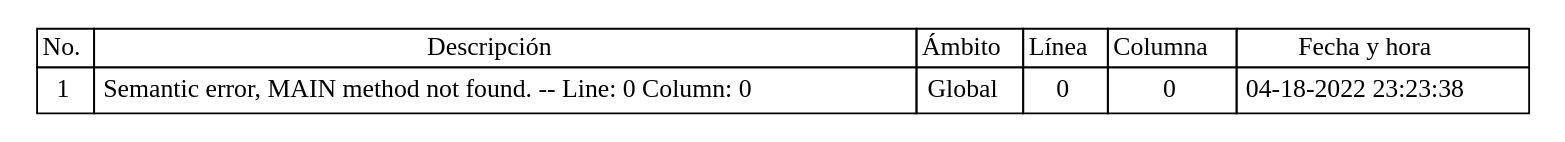
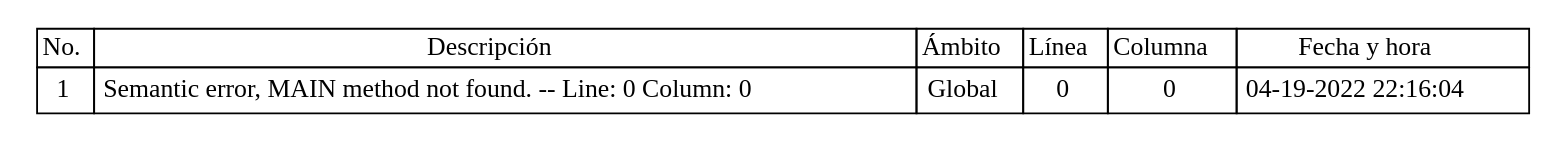
The diagram in Back/Web/tablas/tablaErrores.dot (Jodyannre/COMPI2_proyecto2_2022), drawn with Graphviz before and after one commit. The commit also changed 23 other files, not shown here.

```diff
--- a/Back/Web/tablas/tablaErrores.dot
+++ b/Back/Web/tablas/tablaErrores.dot
@@ -1,36 +1,36 @@
 
 	digraph {
 		tablaSimbolos [
 		  shape=plaintext
 		  label=<
 			<table border='0' cellborder='1' color='black' cellspacing='0'>
 			  <tr>
 				  <td>No.</td>
 				  <td>Descripción</td>
 				  <td>Ámbito</td>
 				  <td>Línea</td>
 				  <td>Columna</td>
 				  <td>Fecha y hora</td>
 			  </tr>
 	
 <tr>
 <td cellpadding='4'>
 1
 </td>
 <td cellpadding='4'>Semantic error, MAIN method not found. -- Line: 0 Column: 0
 </td>
 <td cellpadding='4'>Global
 </td>
 <td cellpadding='4'>0
 </td>
 <td cellpadding='4'>
 0
 </td>
 <td cellpadding='4'>
-04-18-2022 23:23:38
+04-19-2022 22:16:04
 </td>
 </tr>
 
 		</table>
 		>];
 	}
```
